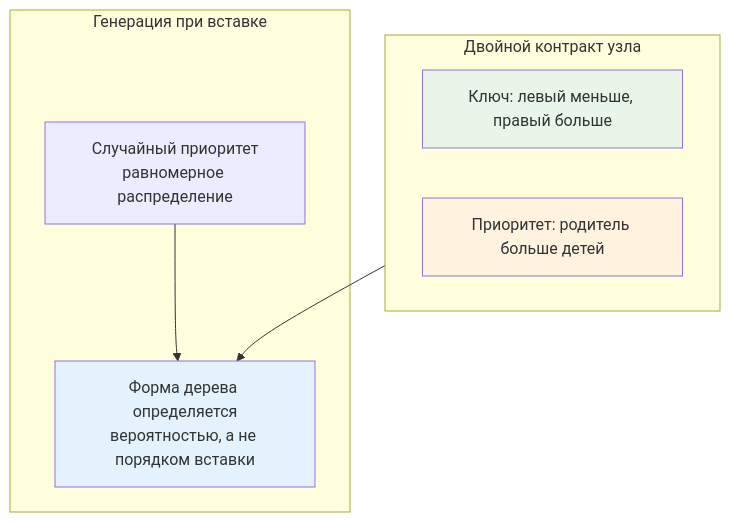
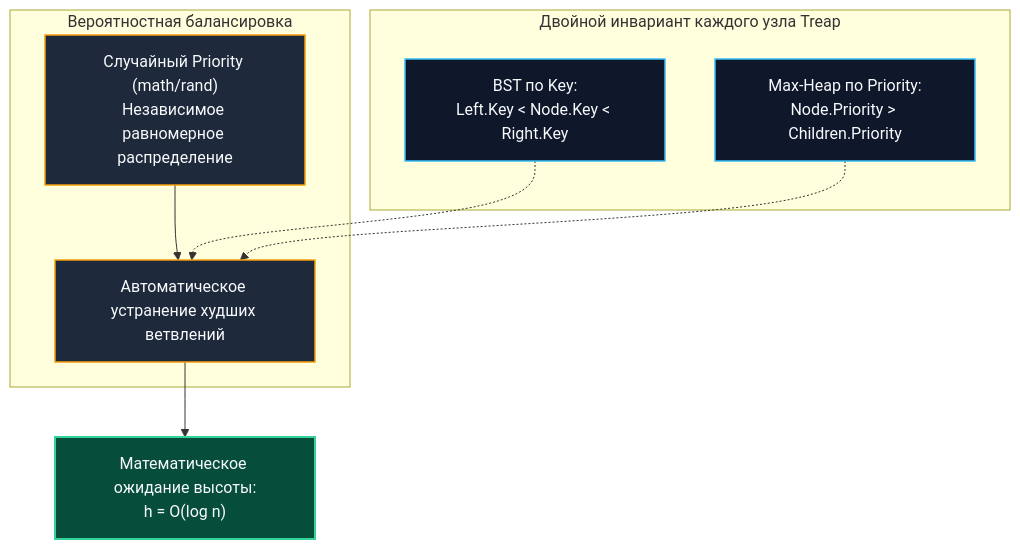
One commit to UnrealTemplier/go-textbook changed the diagram in sources/20. Алгоритмы и структуры данных (DSA) на Go/07. Продвинутые структуры данных/6. Treap - декартово дерево.md. Above: the diagram before and after it, drawn with Mermaid. The commit also changed other lines of this file, not shown here.

Commit message:
feat(module-20): editorial rewrite of 07.6 Treap in Kernighan style

````diff
--- a/sources/20. Алгоритмы и структуры данных (DSA) на Go/07. Продвинутые структуры данных/6. Treap - декартово дерево.md
+++ b/sources/20. Алгоритмы и структуры данных (DSA) на Go/07. Продвинутые структуры данных/6. Treap - декартово дерево.md
@@ -21,16 +39,23 @@
 ```mermaid
 flowchart TD
-    subgraph Invariants["Двойной контракт узла"]
-        BST["Ключ: левый меньше, правый больше"]
-        Heap["Приоритет: родитель больше детей"]
+    subgraph Invariants["Двойной инвариант каждого узла Treap"]
+        BST["BST по Key:<br/>Left.Key < Node.Key < Right.Key"]
+        Heap["Max-Heap по Priority:<br/>Node.Priority > Children.Priority"]
     end
 
-    subgraph Generation["Генерация при вставке"]
-        R["Случайный приоритет<br>равномерное распределение"] --> Shape["Форма дерева определяется<br>вероятностью, а не порядком вставки"]
+    subgraph Probabilistic["Вероятностная балансировка"]
+        Rand["Случайный Priority (math/rand)<br/>Независимое равномерное распределение"] --> Auto["Автоматическое устранение худших ветвлений"]
     end
 
-    Invariants --> Shape
-    style BST fill:#e8f5e8
-    style Heap fill:#fff3e0
-    style Shape fill:#e3f2fd
+    BST -.-> Auto
+    Heap -.-> Auto
+    Auto --> Balanced["Математическое ожидание высоты:<br/>h = O(log n)"]
+
+    classDef invBox fill:#0f172a,stroke:#38bdf8,stroke-width:1.5px,color:#f8fafc;
+    classDef randBox fill:#1e293b,stroke:#f59e0b,stroke-width:1.5px,color:#f8fafc;
+    classDef resBox fill:#064e3b,stroke:#34d399,stroke-width:2px,color:#f8fafc;
+
+    class BST,Heap invBox;
+    class Rand,Auto randBox;
+    class Balanced resBox;
 ```
````
